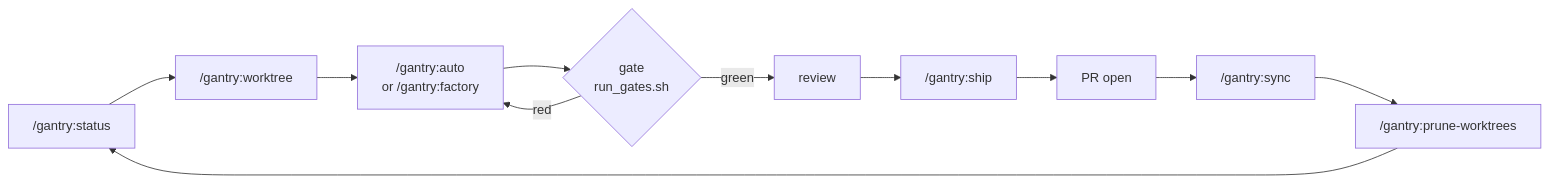
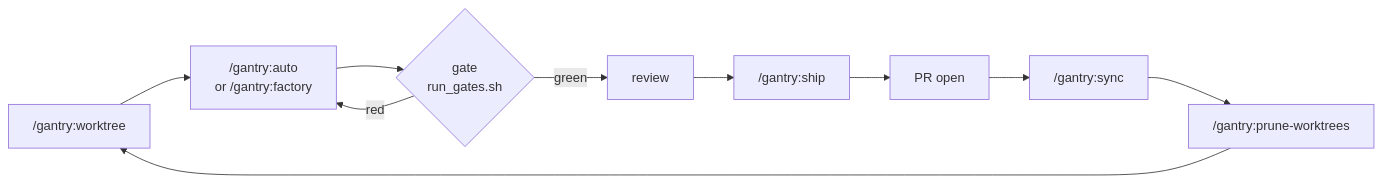
The diagram in README.md (kostya-epifanov/claude-gantry), drawn with Mermaid before and after one commit. The commit also changed other lines of this file and 19 other files, not shown here.

````diff
--- a/README.md
+++ b/README.md
@@ -28,13 +28,12 @@
 ```mermaid
 flowchart LR
-  A["/gantry:status"] --> B["/gantry:worktree"]
-  B --> C["/gantry:auto<br/>or /gantry:factory"]
+  B["/gantry:worktree"] --> C["/gantry:auto<br/>or /gantry:factory"]
   C --> D{"gate<br/>run_gates.sh"}
   D -- "red" --> C
   D -- "green" --> E["review"]
   E --> F["/gantry:ship"]
   F --> G["PR open"]
   G --> H["/gantry:sync"]
   H --> I["/gantry:prune-worktrees"]
-  I --> A
+  I --> B
 ```
````
